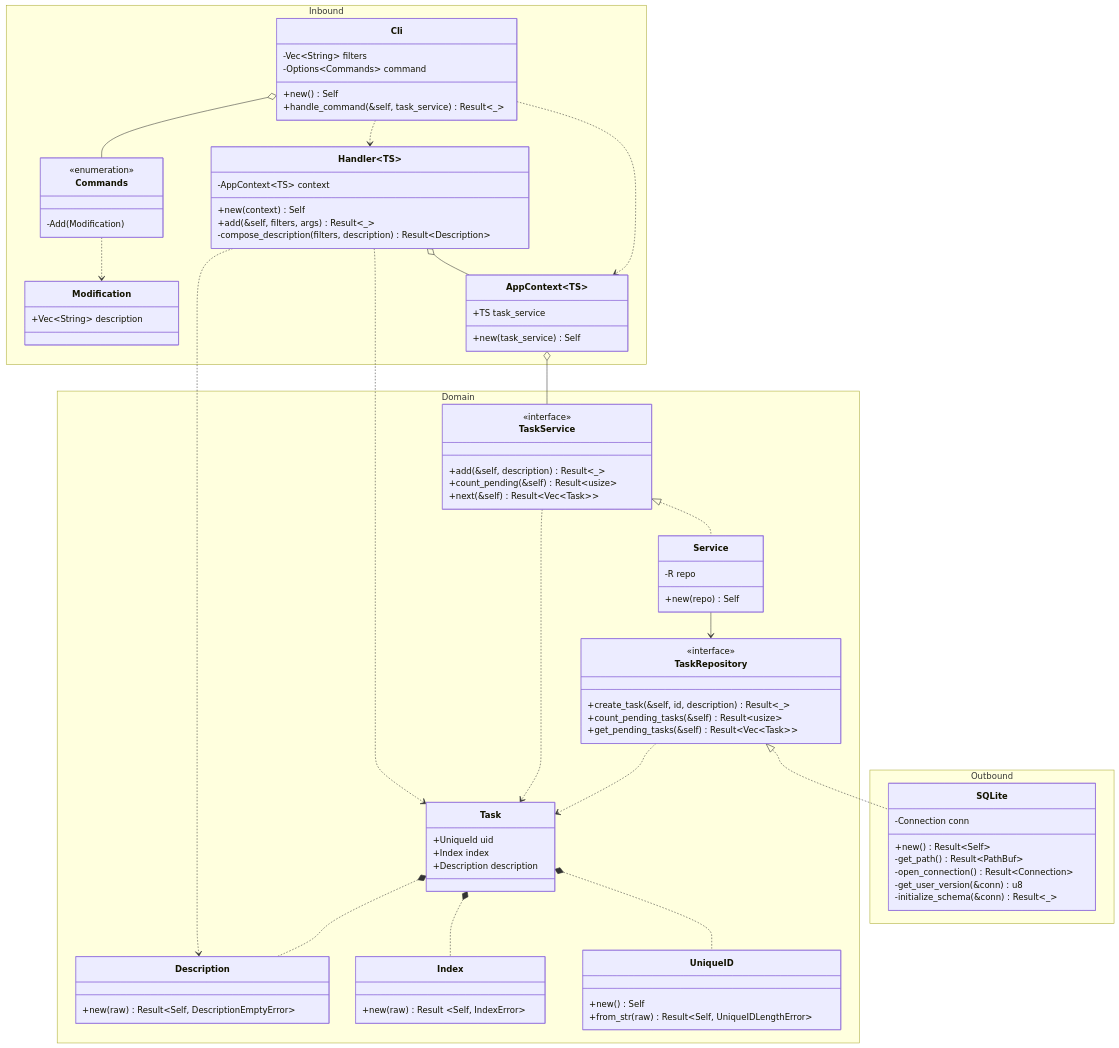
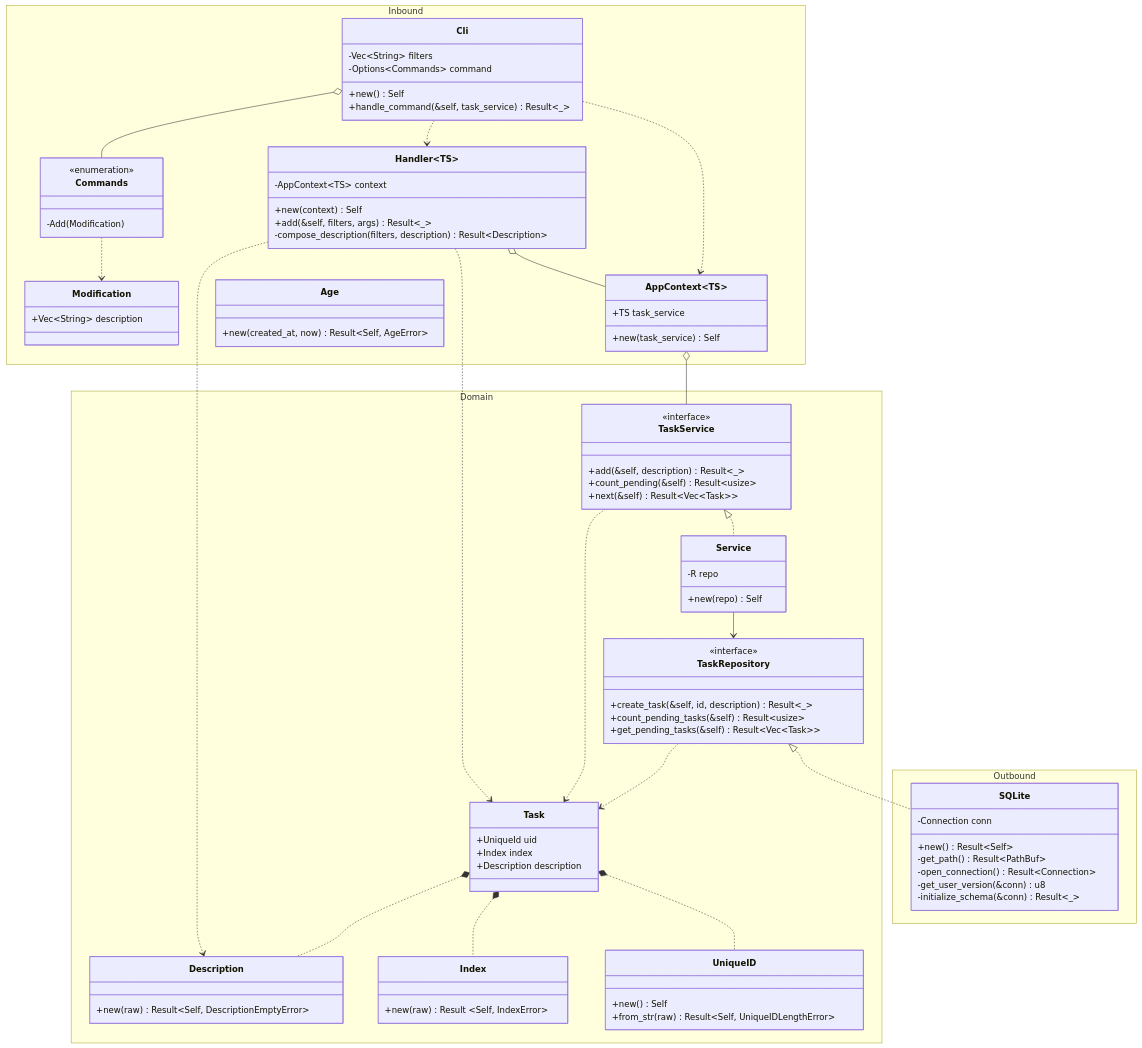
The diagram in docs/class.md (rvnkcode/dawn), drawn with Mermaid before and after one commit. The commit also changed 6 other files, not shown here.

```diff
--- a/docs/class.md
+++ b/docs/class.md
@@ -36,6 +36,9 @@
       +new() Self
       +handle_command(&self, task_service) Result~_~
     }
+    class Age {
+      +new(created_at, now) Result~Self, AgeError~
+  }
   }
   Task *.. UniqueID
   Task *.. Index
```
